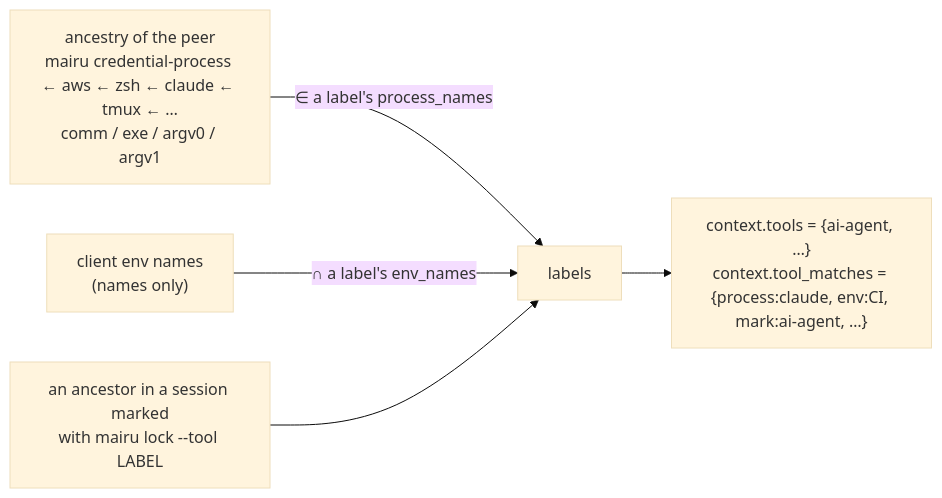
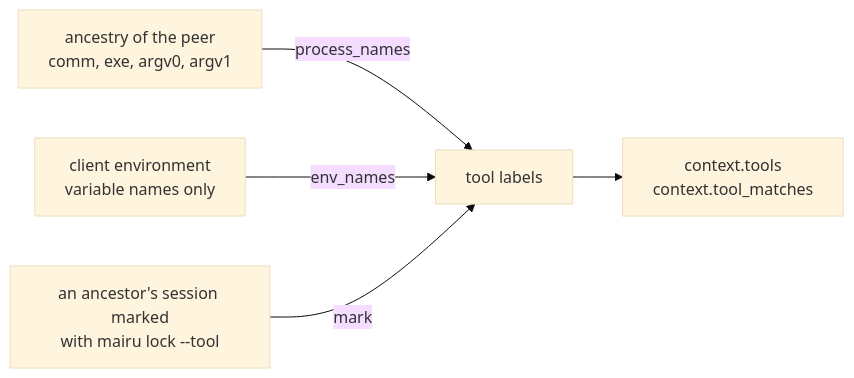
The diagram in docs/specs/010-tool-detection.md (sorah/mairu), drawn with Mermaid (base theme) before and after one commit. The commit also changed 17 other files, not shown here.

First line of the commit message:
docs/specs: rework diagrams and helper locations

````diff
--- a/docs/specs/010-tool-detection.md
+++ b/docs/specs/010-tool-detection.md
@@ -23,7 +23,7 @@
 ```mermaid
 flowchart LR
-  A["ancestry of the peer<br/>mairu credential-process ← aws ← zsh ← claude ← tmux ← …<br/>comm / exe / argv0 / argv1"] -- "∈ a label's process_names" --> L["labels"]
-  E["client env names<br/>(names only)"] -- "∩ a label's env_names" --> L
-  M["an ancestor in a session marked<br/>with mairu lock --tool LABEL"] --> L
-  L --> C["context.tools = {ai-agent, …}<br/>context.tool_matches = {process:claude, env:CI, mark:ai-agent, …}"]
+  A["ancestry of the peer<br/>comm, exe, argv0, argv1"] -- "process_names" --> L["tool labels"]
+  E["client environment<br/>variable names only"] -- "env_names" --> L
+  M["an ancestor's session marked<br/>with mairu lock --tool"] -- "mark" --> L
+  L --> C["context.tools<br/>context.tool_matches"]
 ```
````
